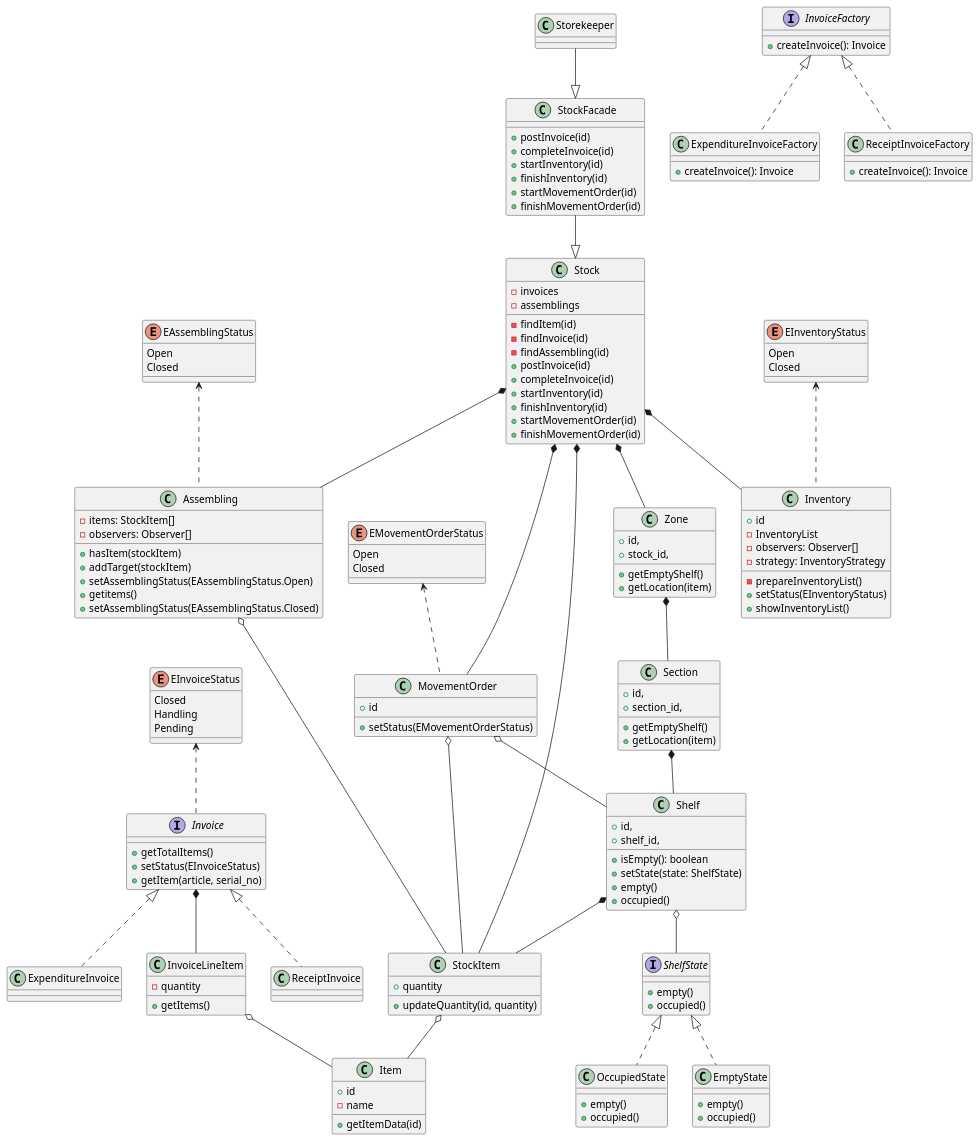
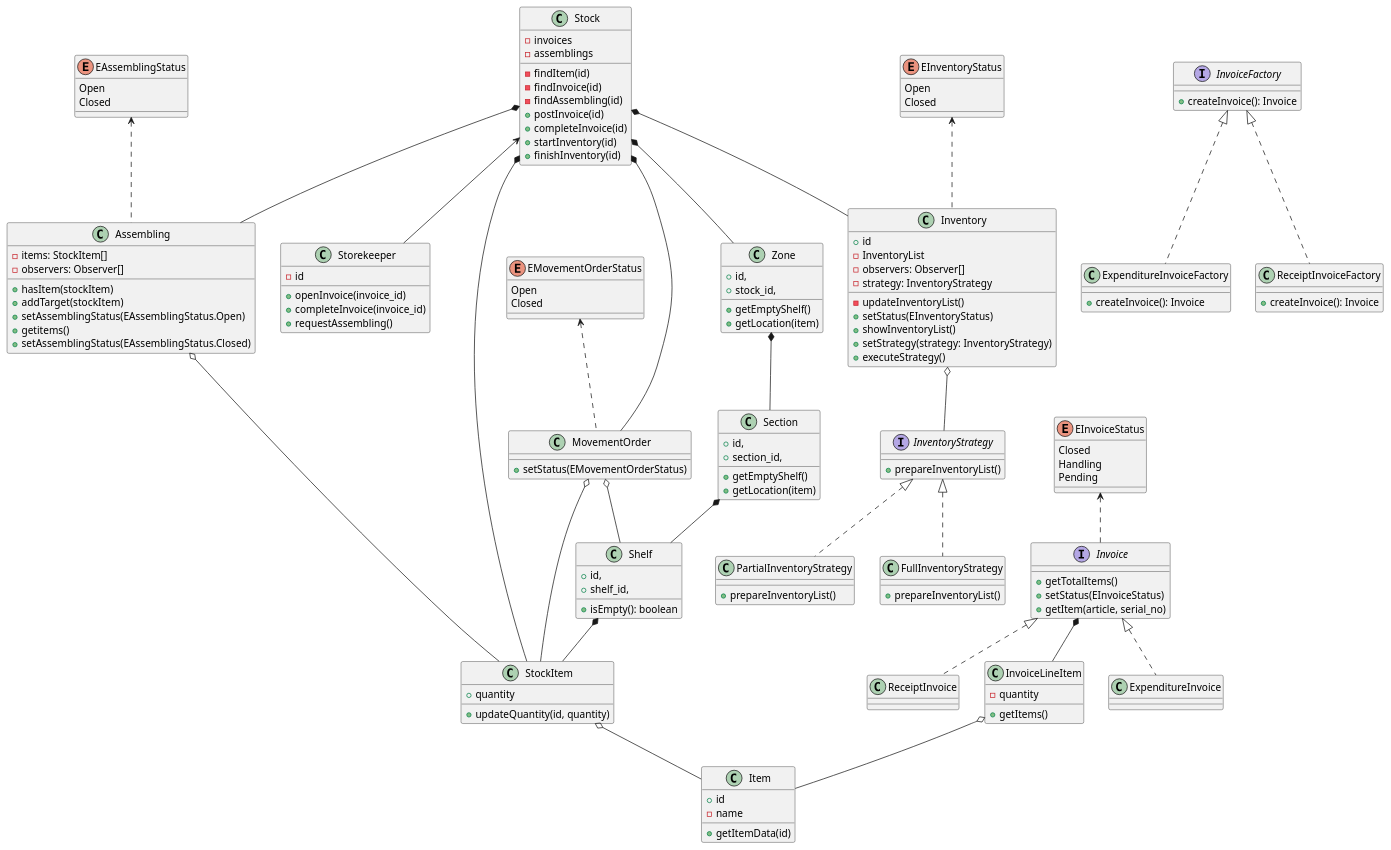
One commit to penamarth/bsbo-02-21_team5_var6_sklad changed the diagram in warehouse/диаграмма_классов.md. Above: the diagram before and after it, drawn with PlantUML.

Commit message:
update diagram classes

```diff
--- a/warehouse/диаграмма_классов.md
+++ b/warehouse/диаграмма_классов.md
@@ -10,12 +10,9 @@
   +completeInvoice(id)
   +startInventory(id)
   +finishInventory(id)
-  +startMovementOrder(id)
-  +finishMovementOrder(id)
 }
 
 class MovementOrder {
-  +id
   +setStatus(EMovementOrderStatus)
 }
 
@@ -53,24 +50,6 @@
   +id,
   +shelf_id,
   +isEmpty(): boolean
-  +setState(state: ShelfState)
-  +empty()
-  +occupied()
-}
-
-interface ShelfState {
-  +empty()
-  +occupied()
-}
-
-class EmptyState implements ShelfState {
-  +empty()
-  +occupied()
-}
-
-class OccupiedState implements ShelfState {
-  +empty()
-  +occupied()
 }
 
 enum EInvoiceStatus {
@@ -95,14 +74,16 @@
 }
 
 class Storekeeper {
-
+  -id
+  +openInvoice(invoice_id)
+  +completeInvoice(invoice_id)
+  +requestAssembling()
 }
 
 enum EAssemblingStatus {
   Open
   Closed
 }
-
 class Assembling {
   -items: StockItem[]
   -observers: Observer[]
@@ -123,9 +104,11 @@
   -InventoryList
   -observers: Observer[]
   -strategy: InventoryStrategy
-  -prepareInventoryList()
+  -updateInventoryList()
   +setStatus(EInventoryStatus)
   +showInventoryList()
+  +setStrategy(strategy: InventoryStrategy)
+  +executeStrategy()
 }
 
 interface InvoiceFactory {
@@ -140,17 +123,18 @@
   +createInvoice(): Invoice
 }
 
-class StockFacade {
-  +postInvoice(id)
-  +completeInvoice(id)
-  +startInventory(id)
-  +finishInventory(id)
-  +startMovementOrder(id)
-  +finishMovementOrder(id)
+interface InventoryStrategy {
+  +prepareInventoryList()
 }
 
-StockFacade --|> Stock
-Storekeeper --|> StockFacade
+class FullInventoryStrategy {
+  +prepareInventoryList()
+}
+
+class PartialInventoryStrategy {
+  +prepareInventoryList()
+}
+
 Stock *-- Inventory
 Stock *-- MovementOrder
 MovementOrder o-- StockItem
@@ -164,6 +148,7 @@
 Stock *-- Zone
 Assembling o-- StockItem
 Stock *-- Assembling
+Stock <-- Storekeeper
 Stock *-- StockItem
 Invoice <|.. ExpenditureInvoice
 Invoice <|.. ReceiptInvoice
@@ -173,7 +158,7 @@
 EAssemblingStatus <.. Assembling
 InvoiceFactory <|.. ExpenditureInvoiceFactory
 InvoiceFactory <|.. ReceiptInvoiceFactory
-Shelf o-- ShelfState
-
-
+InventoryStrategy <|.. FullInventoryStrategy
+InventoryStrategy <|.. PartialInventoryStrategy
+Inventory o-- InventoryStrategy
 @enduml
```
